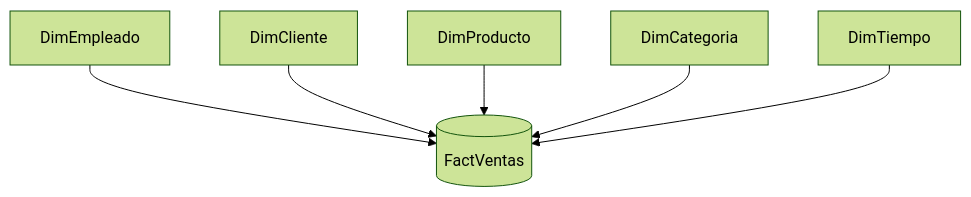
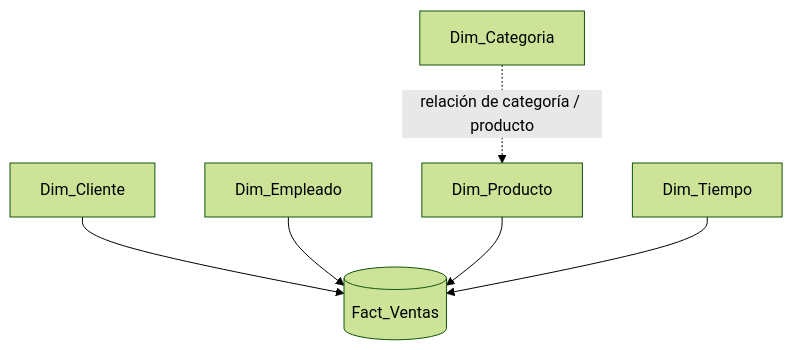
The second of 2 diagrams in README.md (LucasCarrizo10/DataMart_Northwnd), drawn with Mermaid (forest theme) before and after one commit. The commit also changed other lines of this file and 2 other files, not shown here.

````diff
--- a/README.md
+++ b/README.md
@@ -30,8 +51,9 @@
 ```mermaid
 flowchart TB
-    E[DimEmpleado] --> F[(FactVentas)]
-    C[DimCliente] --> F
-    P[DimProducto] --> F
-    G[DimCategoria] --> F
-    T[DimTiempo] --> F
+    F[(Fact_Ventas)]
+    C[Dim_Cliente] --> F
+    E[Dim_Empleado] --> F
+    P[Dim_Producto] --> F
+    G[Dim_Categoria] -. relación de categoría / producto .-> P
+    T[Dim_Tiempo] --> F
 ```
````
